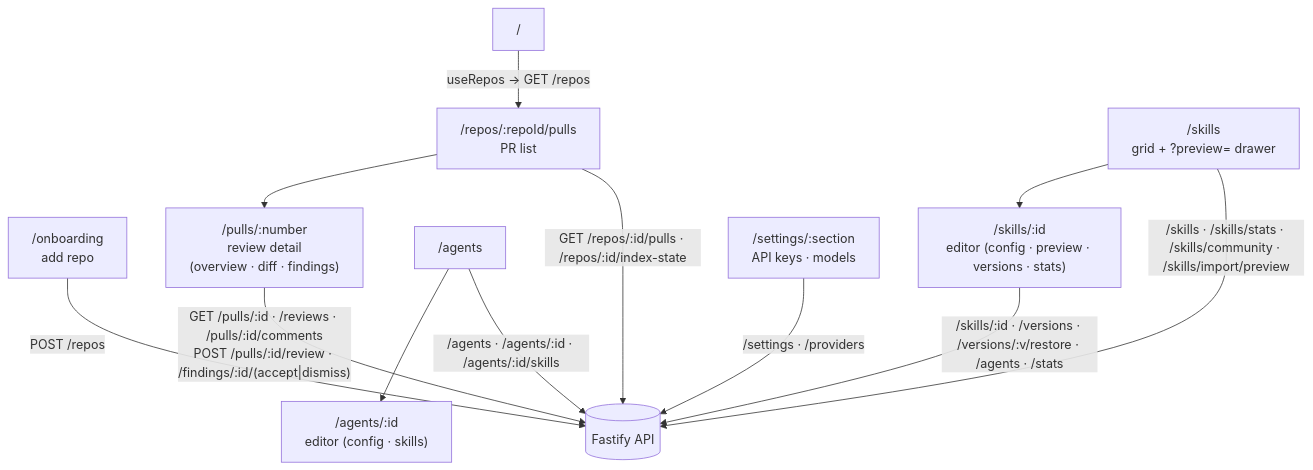
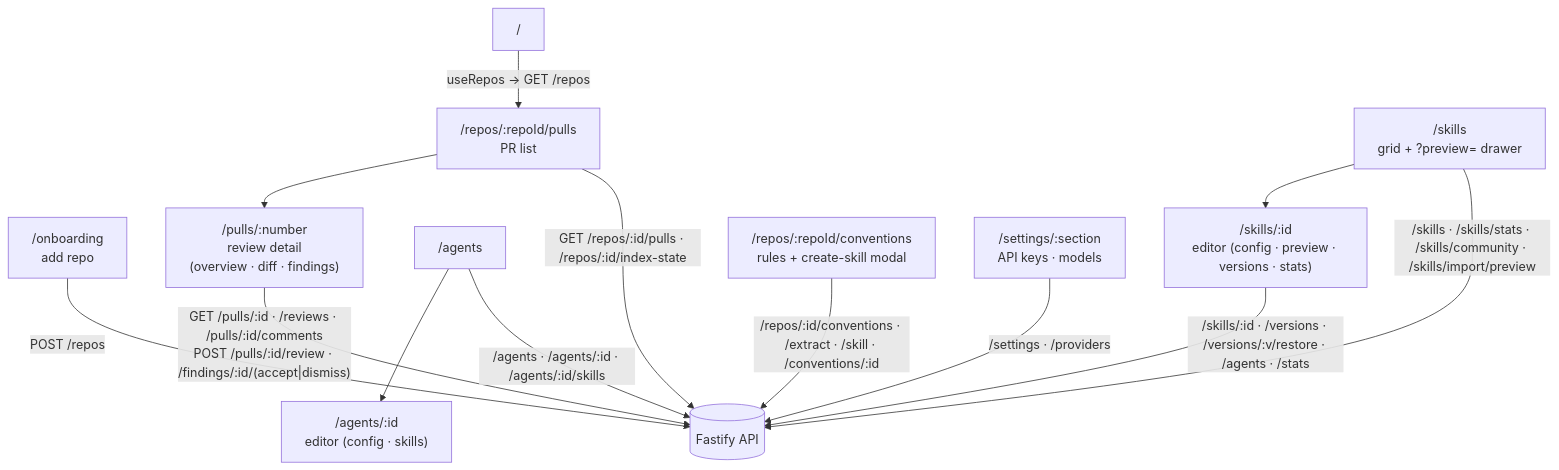
Before and after one commit to ai-agentic-engineering-neo/dev-digest: the diagram in client/README.md, drawn with Mermaid. The commit also changed 65 other files, not shown here.

````diff
--- a/client/README.md
+++ b/client/README.md
@@ -25,17 +25,19 @@
 ```mermaid
 flowchart TD
   ROOT["/"] -->|"useRepos → GET /repos"| PULLS["/repos/:repoId/pulls<br/>PR list"]
   ONB["/onboarding<br/>add repo"] -->|"POST /repos"| API[("Fastify API")]
   PULLS --> PR["/pulls/:number<br/>review detail<br/>(overview · diff · findings)"]
 
   AGENTS["/agents"] --> AGENT["/agents/:id<br/>editor (config · skills)"]
   SKILLS["/skills<br/>grid + ?preview= drawer"] --> SKILL["/skills/:id<br/>editor (config · preview · versions · stats)"]
+  CONV["/repos/:repoId/conventions<br/>rules + create-skill modal"]
   SETTINGS["/settings/:section<br/>API keys · models"]
 
   PULLS -->|"GET /repos/:id/pulls · /repos/:id/index-state"| API
   PR -->|"GET /pulls/:id · /reviews · /pulls/:id/comments<br/>POST /pulls/:id/review · /findings/:id/(accept|dismiss)"| API
   AGENTS -->|"/agents · /agents/:id · /agents/:id/skills"| API
   SKILLS -->|"/skills · /skills/stats · /skills/community · /skills/import/preview"| API
   SKILL -->|"/skills/:id · /versions · /versions/:v/restore · /agents · /stats"| API
+  CONV -->|"/repos/:id/conventions · /extract · /skill · /conventions/:id"| API
   SETTINGS -->|"/settings · /providers"| API
 ```
````
